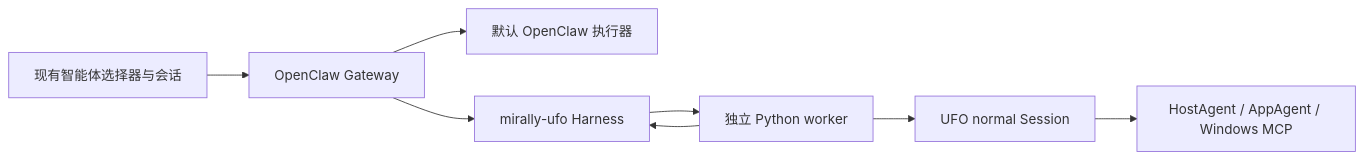
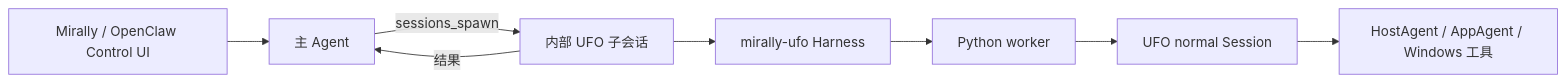
One commit to lyingloong/Mirally changed the diagram in docs/ufo-openclaw-agent.md. Above: the diagram before and after it, drawn with Mermaid. The commit also changed other lines of this file and 438 other files, not shown here.

````diff
--- a/docs/ufo-openclaw-agent.md
+++ b/docs/ufo-openclaw-agent.md
@@ -9,10 +7,10 @@
 ```mermaid
 flowchart LR
-    UI[现有智能体选择器与会话] --> G[OpenClaw Gateway]
-    G --> O[默认 OpenClaw 执行器]
-    G --> H[mirally-ufo Harness]
-    H --> P[独立 Python worker]
-    P --> S[UFO normal Session]
-    S --> W[HostAgent / AppAgent / Windows MCP]
-    P --> H
+    UI[Mirally / OpenClaw Control UI] --> Main[主 Agent]
+    Main -->|sessions_spawn| Sub[内部 UFO 子会话]
+    Sub --> Harness[mirally-ufo Harness]
+    Harness --> Worker[Python worker]
+    Worker --> Session[UFO normal Session]
+    Session --> Desktop[HostAgent / AppAgent / Windows 工具]
+    Sub -->|结果| Main
 ```
````
